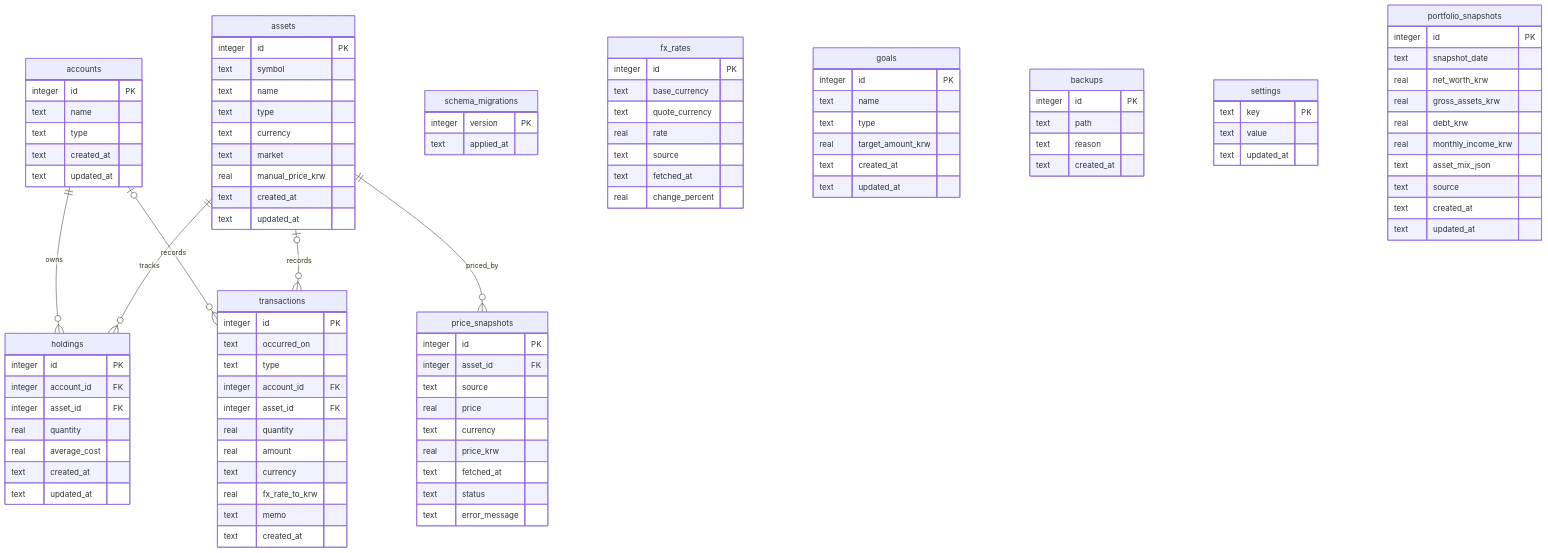
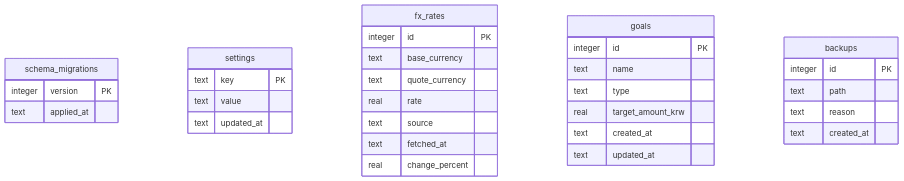
One commit to OhSuBin13/portfolio changed the diagram in docs/db_erd.md. Above: the diagram before and after it, drawn with Mermaid. The commit also changed other lines of this file and 1 other file, not shown here.

Commit message:
docs: document toss-only brokerage schema

````diff
--- a/docs/db_erd.md
+++ b/docs/db_erd.md
@@ -6,115 +6,35 @@
 ```mermaid
 erDiagram
-    accounts ||--o{ holdings : owns
-    assets ||--o{ holdings : tracks
-    accounts |o--o{ transactions : records
-    assets |o--o{ transactions : records
-    assets ||--o{ price_snapshots : priced_by
-
     schema_migrations {
-        integer version PK
-        text applied_at
+      integer version PK
+      text applied_at
     }
-
-    accounts {
-        integer id PK
-        text name
-        text type
-        text created_at
-        text updated_at
+    settings {
+      text key PK
+      text value
+      text updated_at
     }
-
-    assets {
-        integer id PK
-        text symbol
-        text name
-        text type
-        text currency
-        text market
-        real manual_price_krw
-        text created_at
-        text updated_at
+    fx_rates {
+      integer id PK
+      text base_currency
+      text quote_currency
+      real rate
+      text source
+      text fetched_at
+      real change_percent
     }
-
-    holdings {
-        integer id PK
-        integer account_id FK
-        integer asset_id FK
-        real quantity
-        real average_cost
-        text created_at
-        text updated_at
+    goals {
+      integer id PK
+      text name
+      text type
+      real target_amount_krw
+      text created_at
+      text updated_at
     }
-
-    transactions {
-        integer id PK
-        text occurred_on
-        text type
-        integer account_id FK
-        integer asset_id FK
-        real quantity
-        real amount
-        text currency
-        real fx_rate_to_krw
-        text memo
-        text created_at
-    }
-
-    price_snapshots {
-        integer id PK
-        integer asset_id FK
-        text source
-        real price
-        text currency
-        real price_krw
-        text fetched_at
-        text status
-        text error_message
-    }
-
-    fx_rates {
-        integer id PK
-        text base_currency
-        text quote_currency
-        real rate
-        text source
-        text fetched_at
-        real change_percent
-    }
-
-    goals {
-        integer id PK
-        text name
-        text type
-        real target_amount_krw
-        text created_at
-        text updated_at
-    }
-
-
     backups {
-        integer id PK
-        text path
-        text reason
-        text created_at
-    }
-
-    settings {
-        text key PK
-        text value
-        text updated_at
-    }
-
-    portfolio_snapshots {
-        integer id PK
-        text snapshot_date
-        real net_worth_krw
-        real gross_assets_krw
-        real debt_krw
-        real monthly_income_krw
-        text asset_mix_json
-        text source
-        text created_at
-        text updated_at
+      integer id PK
+      text path
+      text reason
+      text created_at
     }
 ```
````
